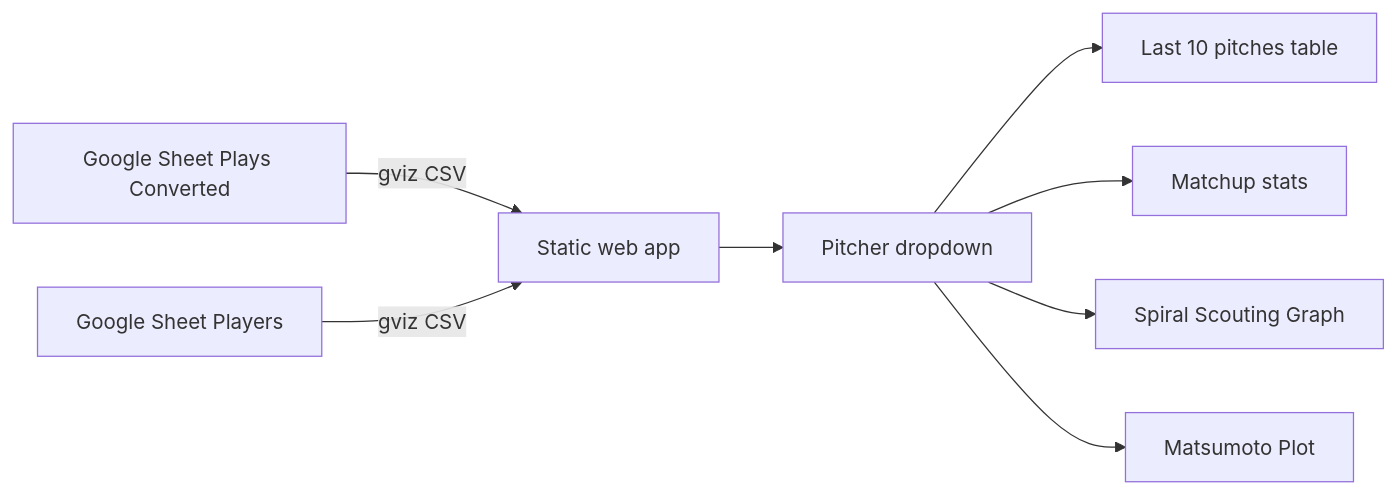
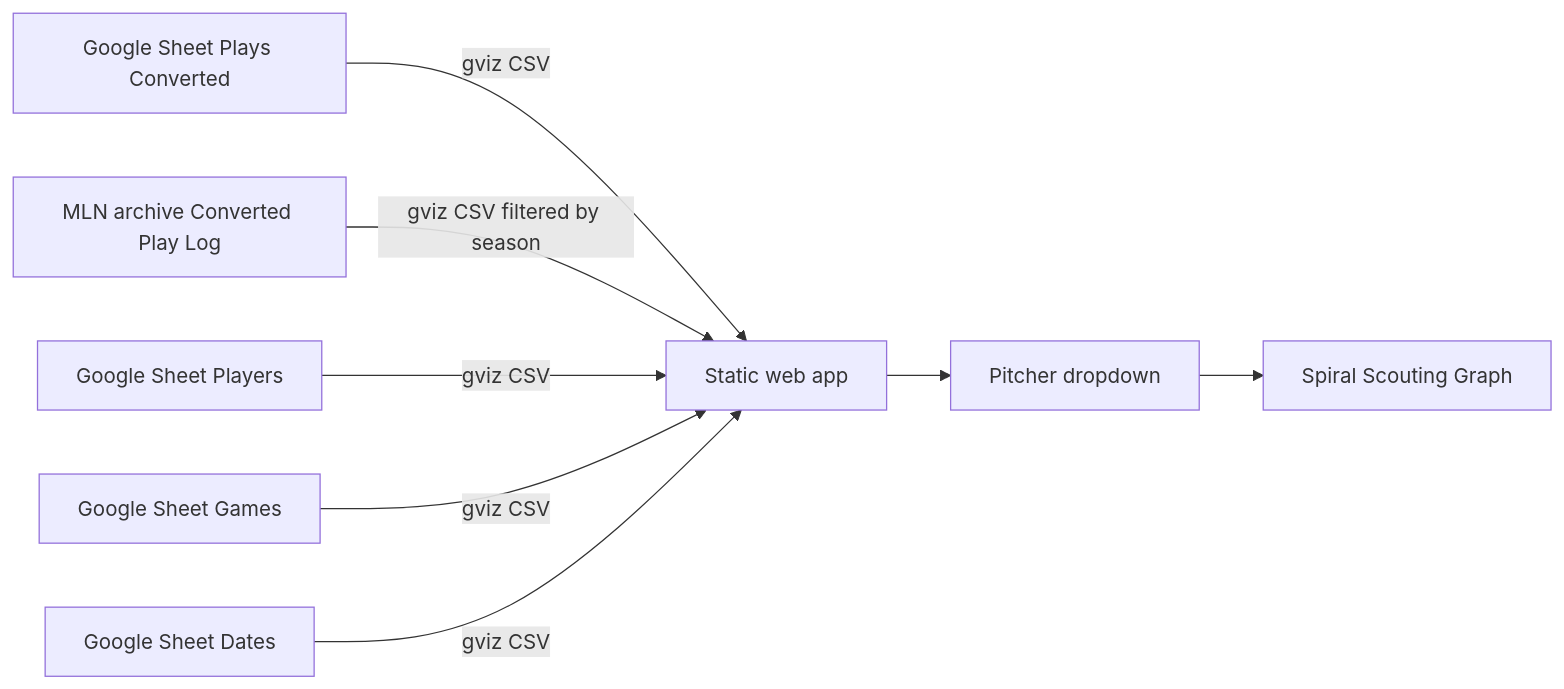
The diagram in docs/rln-charts-dashboard.md (OrbTheRobot/Tornado-Scouting), drawn with Mermaid before and after one commit. The commit also changed other lines of this file and 7 other files, not shown here.

````diff
--- a/docs/rln-charts-dashboard.md
+++ b/docs/rln-charts-dashboard.md
@@ -9,10 +9,10 @@
 ```mermaid
 flowchart LR
     PlaysSheet[Google Sheet Plays Converted] -->|gviz CSV| App[Static web app]
+    ArchiveSheet[MLN archive Converted Play Log] -->|gviz CSV filtered by season| App
     PlayersSheet[Google Sheet Players] -->|gviz CSV| App
+    GamesSheet[Google Sheet Games] -->|gviz CSV| App
+    DatesSheet[Google Sheet Dates] -->|gviz CSV| App
     App --> Filter[Pitcher dropdown]
-    Filter --> Table[Last 10 pitches table]
-    Filter --> Stats[Matchup stats]
     Filter --> Spiral[Spiral Scouting Graph]
-    Filter --> Matsumoto[Matsumoto Plot]
 ```
````
